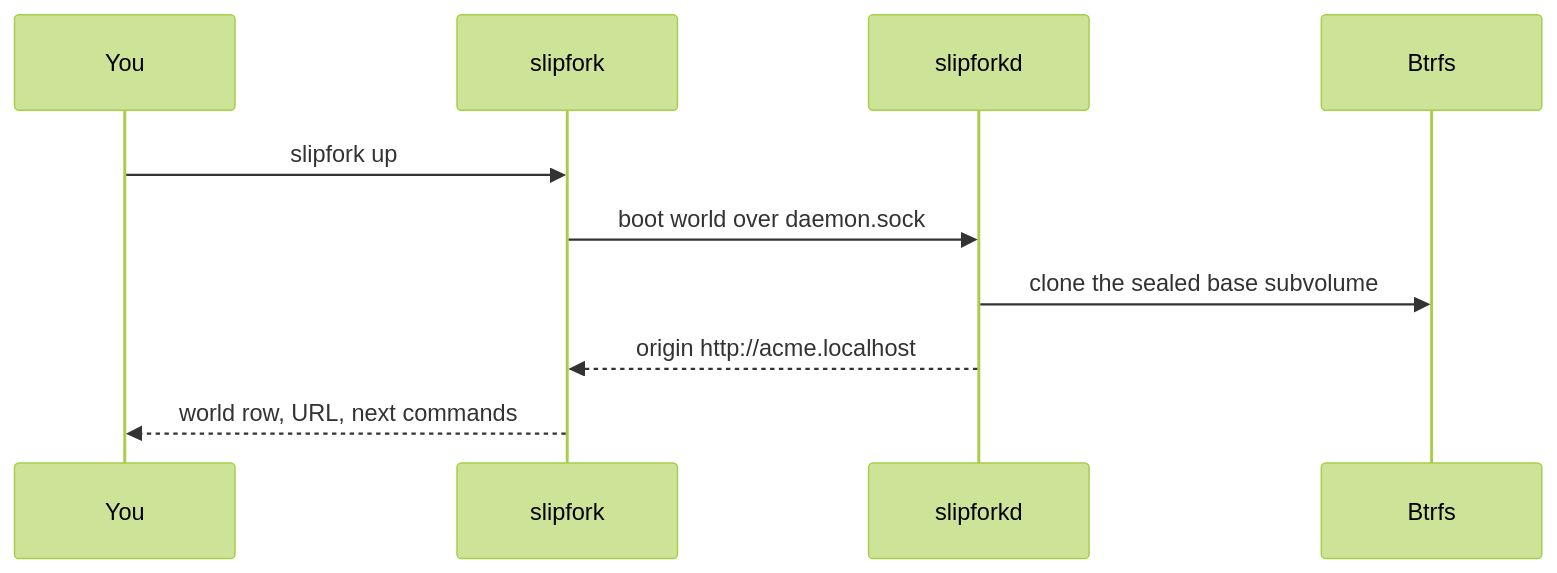
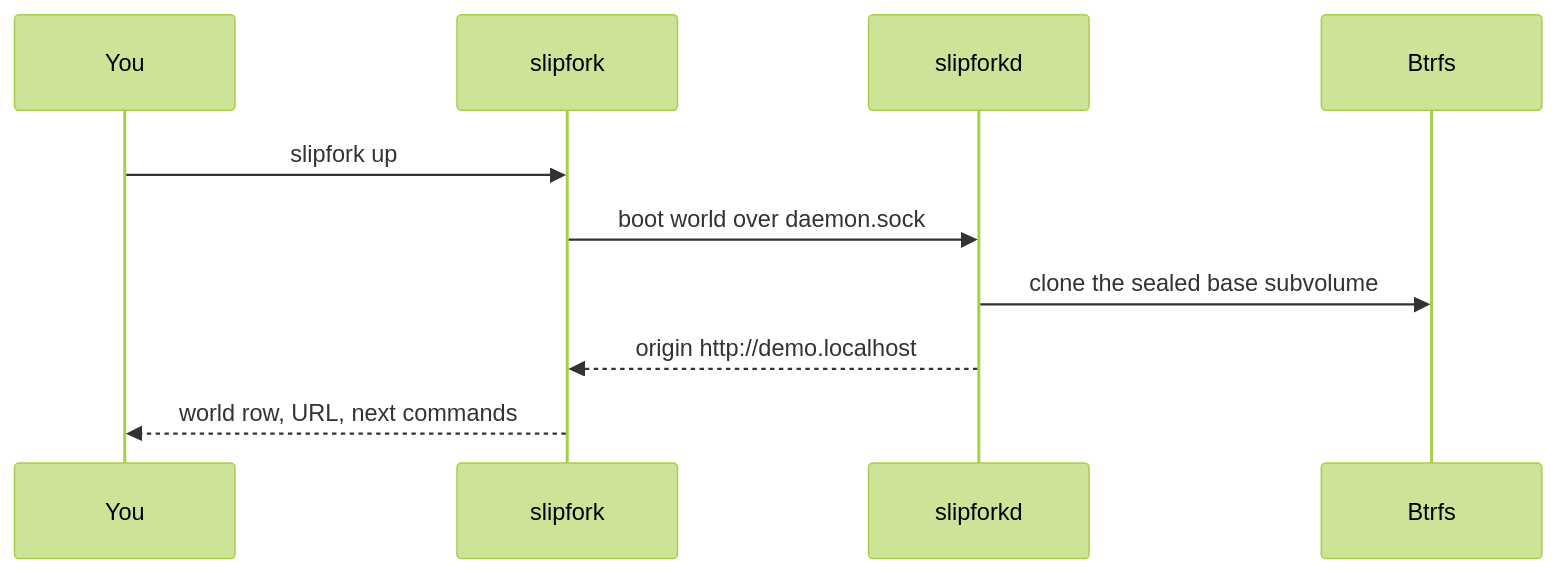
One commit to OffworldNexus/slipfork changed the diagram in docs/getting-started.md. Above: the diagram before and after it, drawn with Mermaid (forest theme). The commit also changed other lines of this file and 46 other files, not shown here.

````diff
--- a/docs/getting-started.md
+++ b/docs/getting-started.md
@@ -23,12 +23,12 @@
 ```mermaid
 sequenceDiagram
   participant You
   participant CLI as slipfork
   participant D as slipforkd
   participant K as Btrfs
   You->>CLI: slipfork up
   CLI->>D: boot world over daemon.sock
   D->>K: clone the sealed base subvolume
-  D-->>CLI: origin http://acme.localhost
+  D-->>CLI: origin http://demo.localhost
   CLI-->>You: world row, URL, next commands
 ```
````
